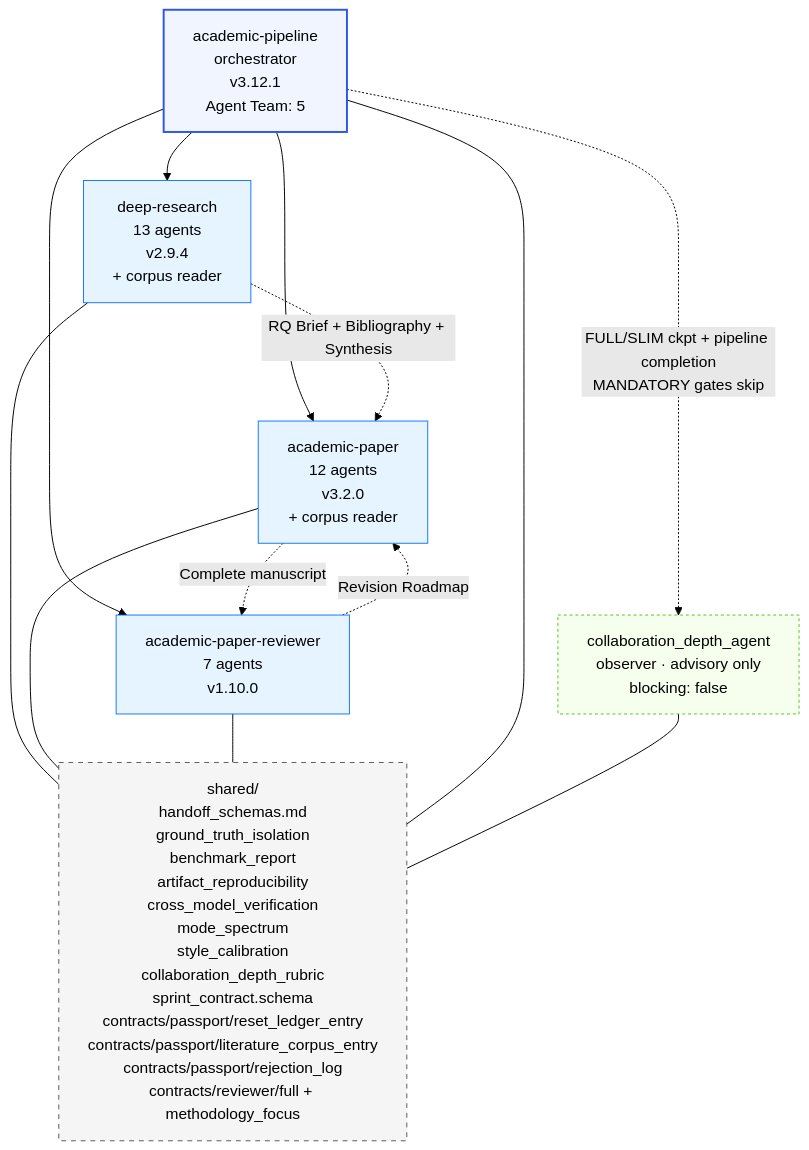
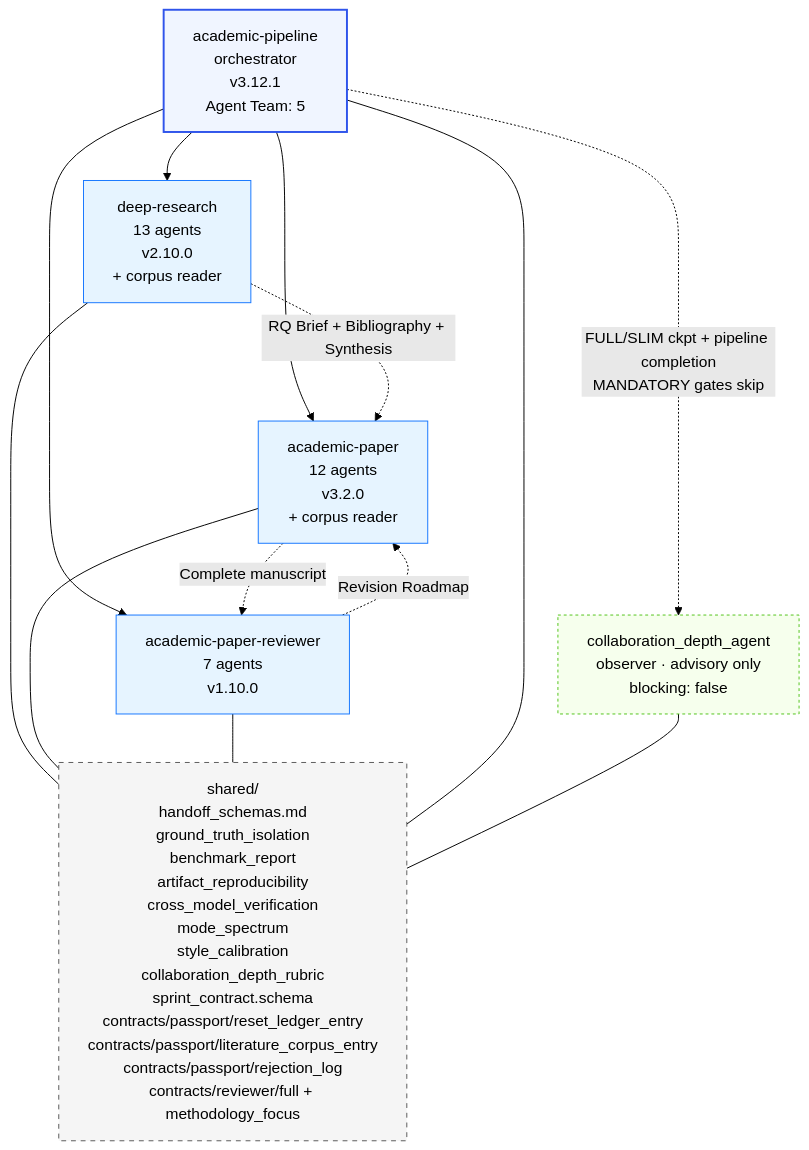
One commit to Imbad0202/academic-research-skills changed the fourth of 5 diagrams in docs/ARCHITECTURE.md. Above: the diagram before and after it, drawn with Mermaid (forest theme). The commit also changed other lines of this file and 7 other files, not shown here.

First line of the commit message:
fix: sync deep-research v2.10.0 + new modes in ARCHITECTURE/READMEs (codex review)

````diff
--- a/docs/ARCHITECTURE.md
+++ b/docs/ARCHITECTURE.md
@@ -201,31 +201,31 @@
 ```mermaid
 graph TD
     Pipeline[academic-pipeline<br/>orchestrator<br/>v3.12.1<br/>Agent Team: 5]
     Observer[collaboration_depth_agent<br/>observer · advisory only<br/>blocking: false]
-    DR[deep-research<br/>13 agents<br/>v2.9.4<br/>+ corpus reader]
+    DR[deep-research<br/>13 agents<br/>v2.10.0<br/>+ corpus reader]
     AP[academic-paper<br/>12 agents<br/>v3.2.0<br/>+ corpus reader]
     APR[academic-paper-reviewer<br/>7 agents<br/>v1.10.0]
     Shared[shared/<br/>handoff_schemas.md<br/>ground_truth_isolation<br/>benchmark_report<br/>artifact_reproducibility<br/>cross_model_verification<br/>mode_spectrum<br/>style_calibration<br/>collaboration_depth_rubric<br/>sprint_contract.schema<br/>contracts/passport/reset_ledger_entry<br/>contracts/passport/literature_corpus_entry<br/>contracts/passport/rejection_log<br/>contracts/reviewer/full + methodology_focus]
 
     Pipeline --> DR
     Pipeline --> AP
     Pipeline --> APR
     Pipeline -. "FULL/SLIM ckpt + pipeline completion<br/>MANDATORY gates skip" .-> Observer
     DR -. "RQ Brief + Bibliography + Synthesis" .-> AP
     AP -. "Complete manuscript" .-> APR
     APR -. "Revision Roadmap" .-> AP
     DR --- Shared
     AP --- Shared
     APR --- Shared
     Pipeline --- Shared
     Observer --- Shared
 
     classDef orch fill:#f0f5ff,stroke:#2f54eb,stroke-width:2px
     classDef skill fill:#e6f4ff,stroke:#1677ff
     classDef shared fill:#f5f5f5,stroke:#595959,stroke-dasharray:5 5
     classDef observer fill:#f6ffed,stroke:#52c41a,stroke-dasharray:3 3
     class Pipeline orch
     class DR,AP,APR skill
     class Shared shared
     class Observer observer
 ```
````
